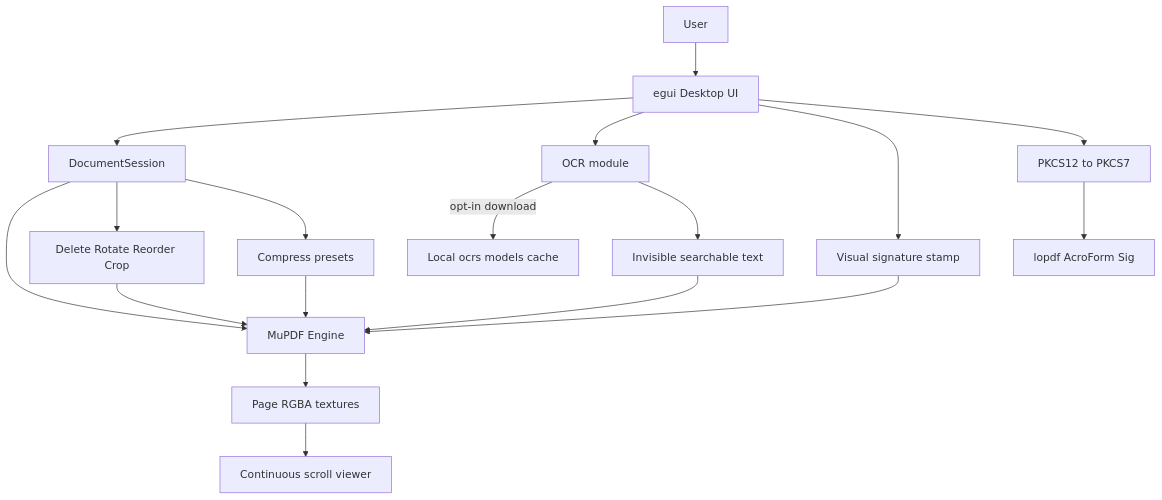
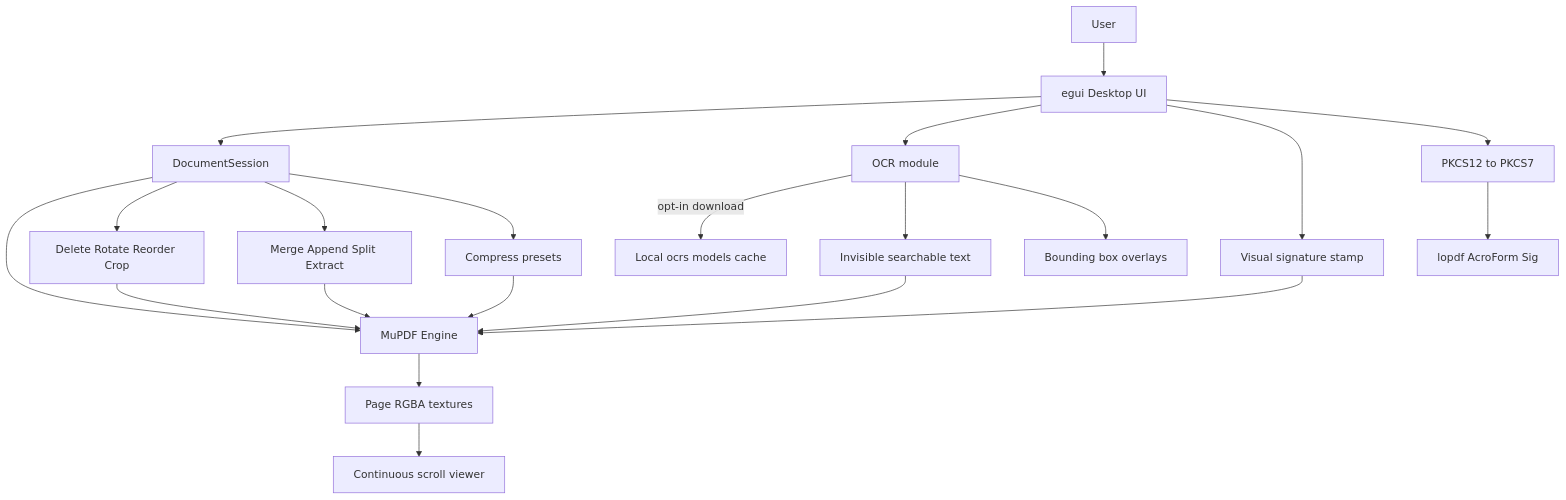
Before and after one commit to adycerr3192/small-rust-pdf-opener: the first of 3 diagrams in README.md, drawn with Mermaid. The commit also changed other lines of this file and 26 other files, not shown here.

First line of the commit message:
Add PDF merge/split tools and clearer multi-page OCR.

````diff
--- a/README.md
+++ b/README.md
@@ -30,20 +30,23 @@
 ```mermaid
 flowchart TB
   User[User] --> UI[egui Desktop UI]
   UI --> Session[DocumentSession]
   Session --> MuPDF[MuPDF Engine]
   MuPDF --> Render[Page RGBA textures]
   Render --> Scroll[Continuous scroll viewer]
   Session --> Edit[Delete Rotate Reorder Crop]
+  Session --> MergeSplit[Merge Append Split Extract]
   Session --> Compress[Compress presets]
   UI --> OCR[OCR module]
   OCR -->|opt-in download| Models[Local ocrs models cache]
   OCR --> TextLayer[Invisible searchable text]
+  OCR --> Overlay[Bounding box overlays]
   UI --> VisualSign[Visual signature stamp]
   UI --> CertSign[PKCS12 to PKCS7]
   CertSign --> Lopdf[lopdf AcroForm Sig]
   Edit --> MuPDF
+  MergeSplit --> MuPDF
   Compress --> MuPDF
   TextLayer --> MuPDF
   VisualSign --> MuPDF
 ```
````
